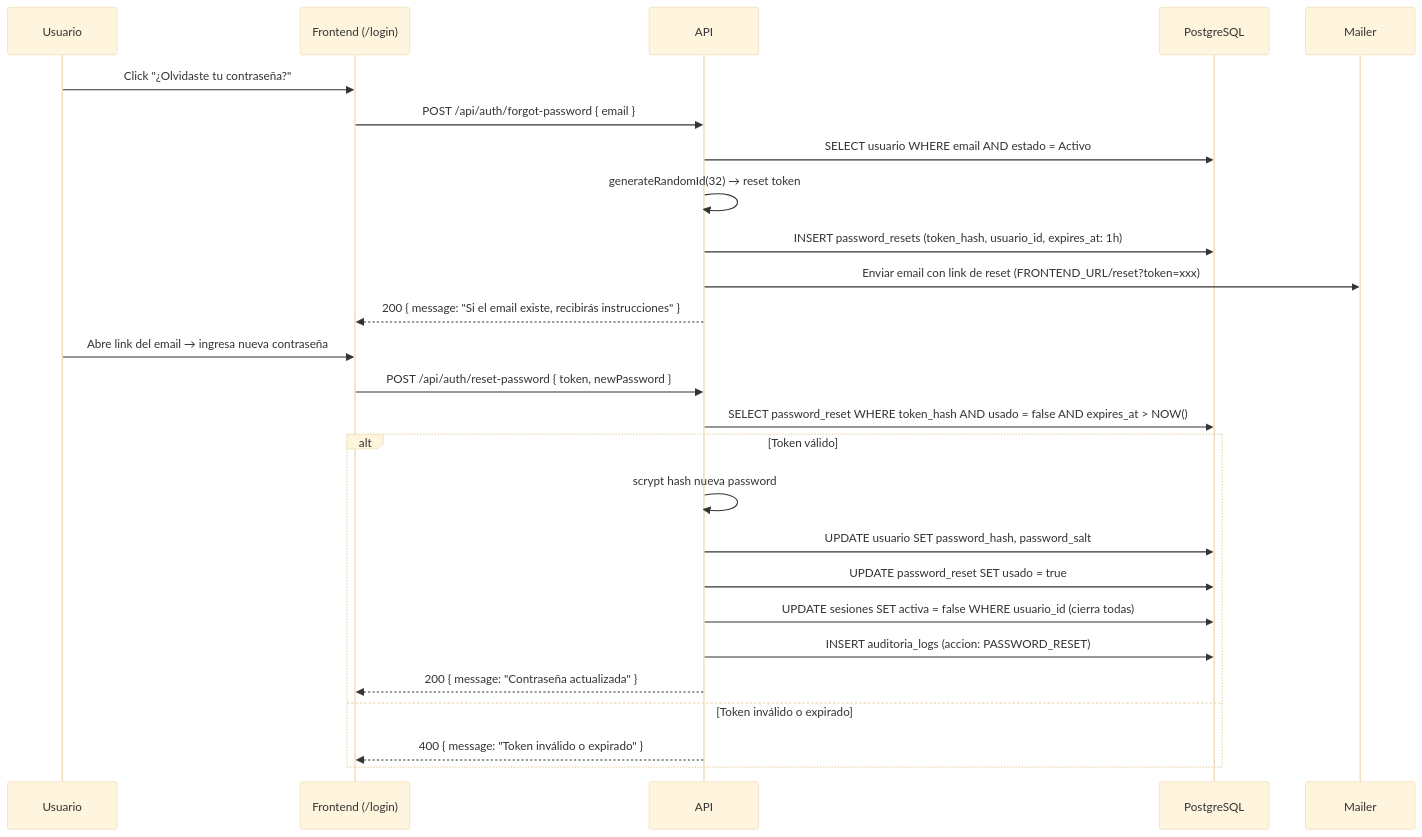
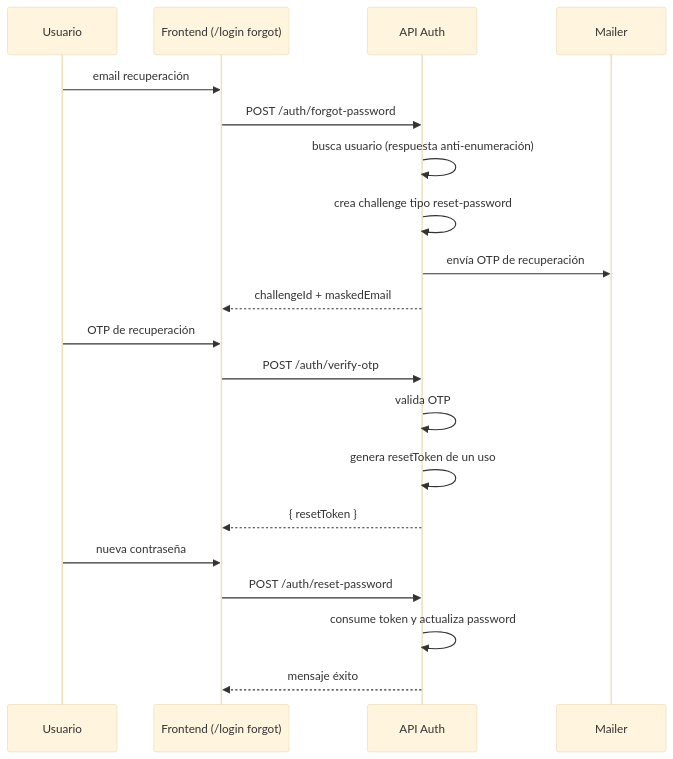
The third of 4 diagrams in API_ANALYSIS.md (Abiel252005/huerto-Connect), drawn with Mermaid (base theme) before and after one commit. The commit also changed other lines of this file, not shown here.

````diff
--- a/API_ANALYSIS.md
+++ b/API_ANALYSIS.md
@@ -247,30 +123,25 @@
 ```mermaid
 sequenceDiagram
     participant U as Usuario
-    participant F as Frontend (/login)
-    participant A as API
-    participant DB as PostgreSQL
+    participant F as Frontend (/login forgot)
+    participant A as API Auth
     participant M as Mailer
 
-    U->>F: Click "¿Olvidaste tu contraseña?"
-    F->>A: POST /api/auth/forgot-password { email }
-    A->>DB: SELECT usuario WHERE email AND estado = Activo
-    A->>A: generateRandomId(32) → reset token
-    A->>DB: INSERT password_resets (token_hash, usuario_id, expires_at: 1h)
-    A->>M: Enviar email con link de reset (FRONTEND_URL/reset?token=xxx)
-    A-->>F: 200 { message: "Si el email existe, recibirás instrucciones" }
+    U->>F: email recuperación
+    F->>A: POST /auth/forgot-password
+    A->>A: busca usuario (respuesta anti-enumeración)
+    A->>A: crea challenge tipo reset-password
+    A->>M: envía OTP de recuperación
+    A-->>F: challengeId + maskedEmail
 
-    U->>F: Abre link del email → ingresa nueva contraseña
-    F->>A: POST /api/auth/reset-password { token, newPassword }
-    A->>DB: SELECT password_reset WHERE token_hash AND usado = false AND expires_at > NOW()
-    alt Token válido
-        A->>A: scrypt hash nueva password
-        A->>DB: UPDATE usuario SET password_hash, password_salt
-        A->>DB: UPDATE password_reset SET usado = true
-        A->>DB: UPDATE sesiones SET activa = false WHERE usuario_id (cierra todas)
-        A->>DB: INSERT auditoria_logs (accion: PASSWORD_RESET)
-        A-->>F: 200 { message: "Contraseña actualizada" }
-    else Token inválido o expirado
-        A-->>F: 400 { message: "Token inválido o expirado" }
-    end
+    U->>F: OTP de recuperación
+    F->>A: POST /auth/verify-otp
+    A->>A: valida OTP
+    A->>A: genera resetToken de un uso
+    A-->>F: { resetToken }
+
+    U->>F: nueva contraseña
+    F->>A: POST /auth/reset-password
+    A->>A: consume token y actualiza password
+    A-->>F: mensaje éxito
 ```
````
